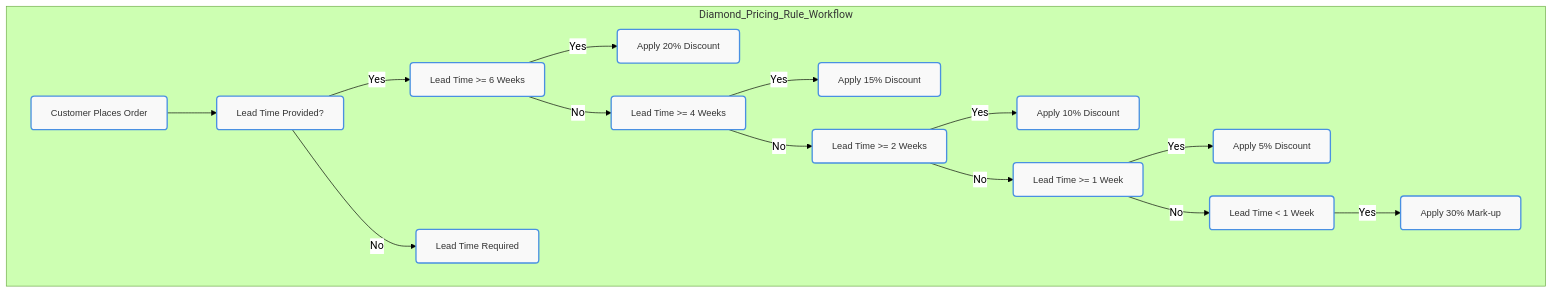
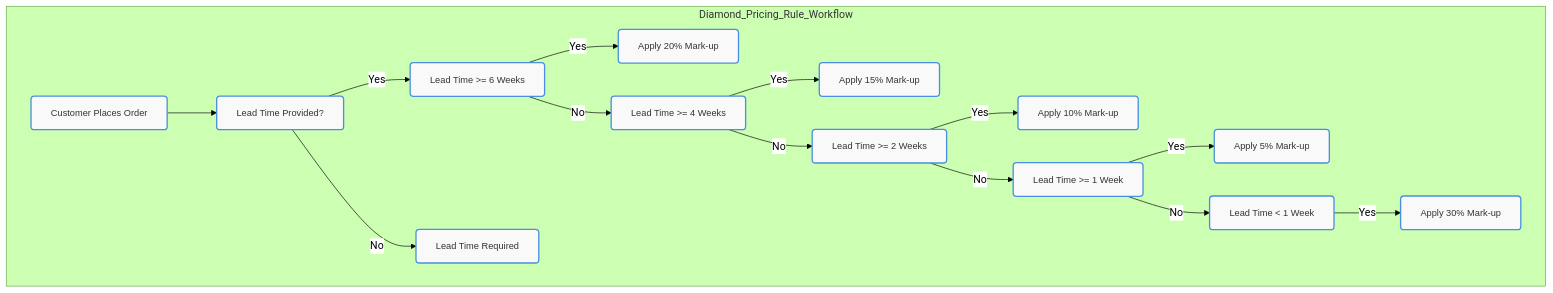
One commit to TyGrim13/4WinnerFlows changed the second of 17 diagrams in README.md. Above: the diagram before and after it, drawn with Mermaid.

Commit message:
Update README.md Mark-up fee

````diff
--- a/README.md
+++ b/README.md
@@ -147,37 +147,37 @@
 ```mermaid
 
 %%{init: {'theme': 'forest', 'themeVariables': { 'primaryColor': '#4a90e2', 'edgeLabelBackground': '#ffffff', 'tertiaryColor': '#f4f4f4', 'primaryBorderColor': '#333', 'primaryTextColor': '#333', 'fontFamily': 'Arial'}}}%%
 
 flowchart TD
     classDef default fill:#f9f9f9,stroke:#4a90e2,stroke-width:2px,color:#333,font-family:'Arial',font-size:14px,rx:5,ry:5;
 
     subgraph Diamond_Pricing_Rule_Workflow
         A1["Customer Places Order"]
         A2["Lead Time Provided?"]
         A3["Lead Time >= 6 Weeks"]
-        A4["Apply 20% Discount"]
+        A4["Apply 20% Mark-up"]
         A5["Lead Time >= 4 Weeks"]
-        A6["Apply 15% Discount"]
+        A6["Apply 15% Mark-up"]
         A7["Lead Time >= 2 Weeks"]
-        A8["Apply 10% Discount"]
+        A8["Apply 10% Mark-up"]
         A9["Lead Time >= 1 Week"]
-        A10["Apply 5% Discount"]
+        A10["Apply 5% Mark-up"]
         A11["Lead Time < 1 Week"]
         A12["Apply 30% Mark-up"]
         A13["Lead Time Required"]
     end
     
     A1 --> A2
     A2 -- Yes --> A3
     A2 -- No --> A13
     A3 -- Yes --> A4
     A3 -- No --> A5
     A5 -- Yes --> A6
     A5 -- No --> A7
     A7 -- Yes --> A8
     A7 -- No --> A9
     A9 -- Yes --> A10
     A9 -- No --> A11
     A11 -- Yes --> A12
 
 ```
````
